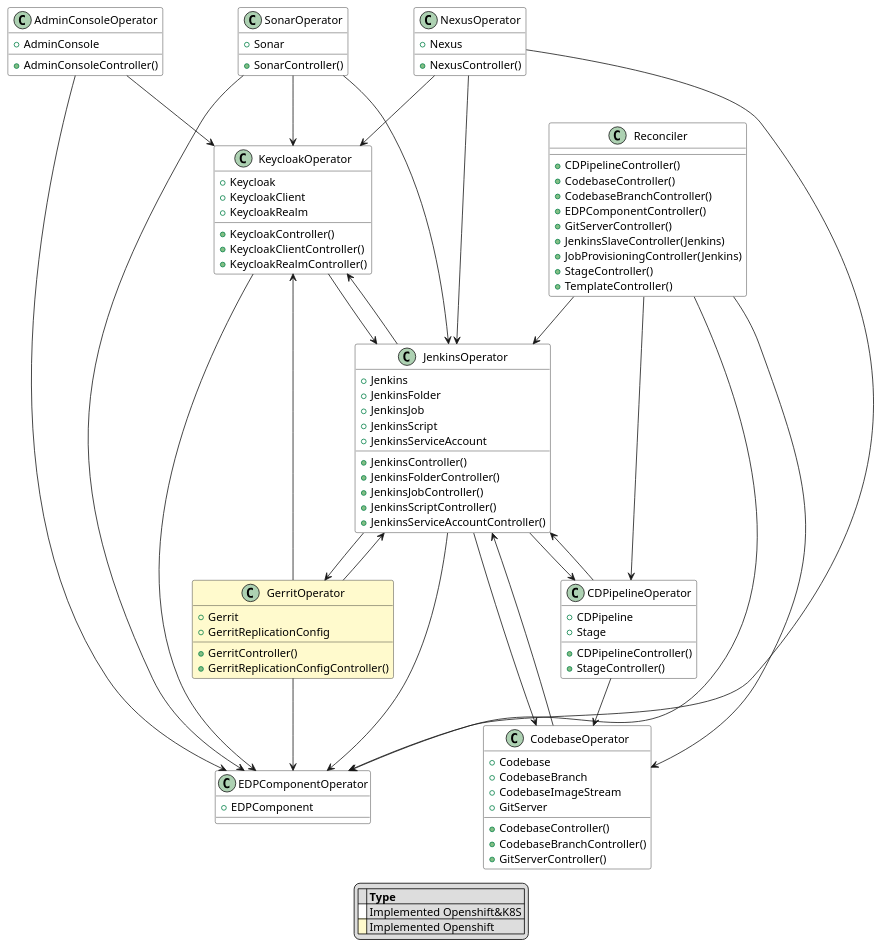
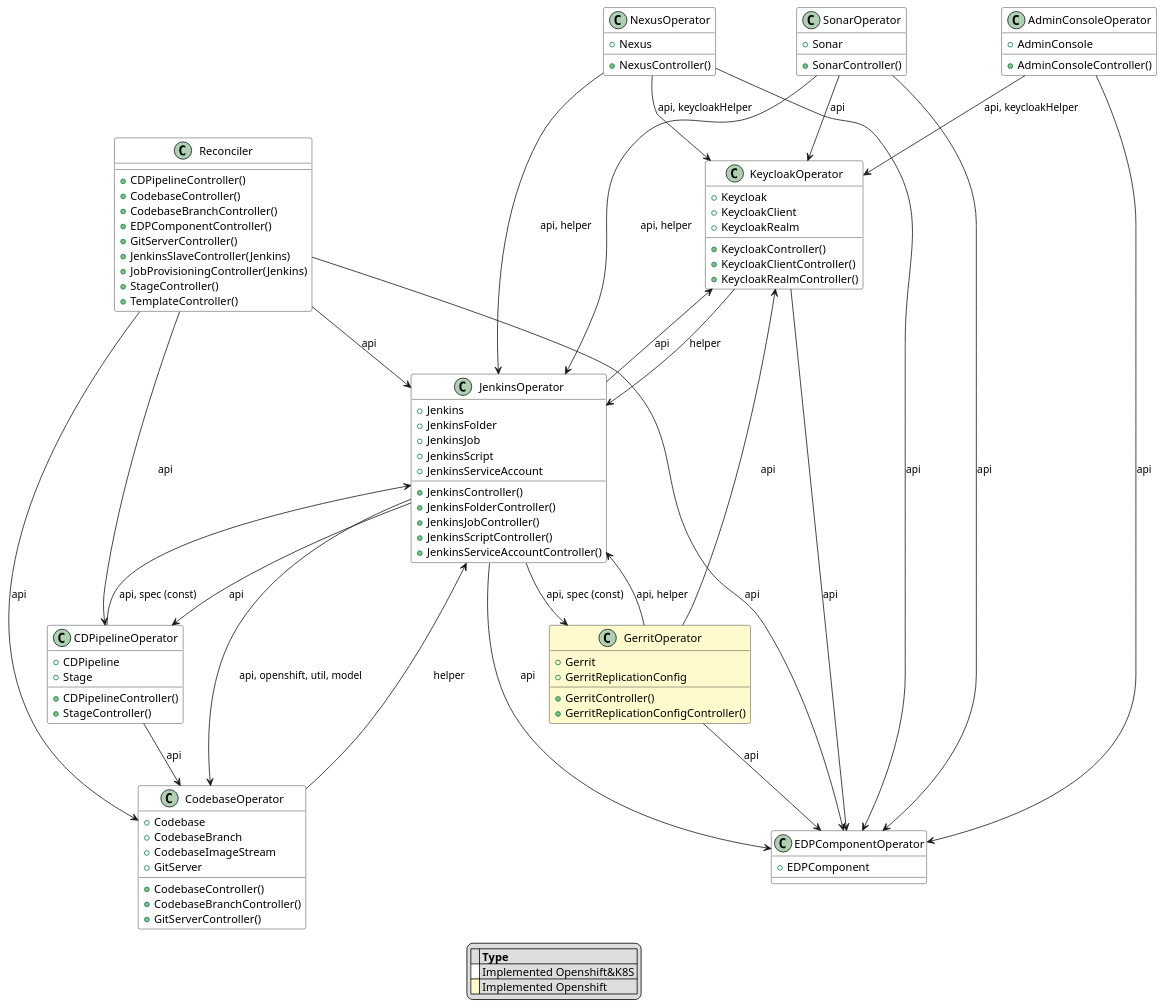
One commit to epam/edp-architecture changed the diagram in module-based-acrhitecture/entity-model/operators-class.puml. Above: the diagram before and after it, drawn with PlantUML.

Commit message:
[ARCH] Add details to operators dependency map

```diff
--- a/module-based-acrhitecture/entity-model/operators-class.puml
+++ b/module-based-acrhitecture/entity-model/operators-class.puml
@@ -1,107 +1,107 @@
 @startuml
 
 skinparam class {
     BackgroundColor #white
 }
 
 class AdminConsoleOperator {
 +AdminConsole
 +AdminConsoleController()
 }
 class CDPipelineOperator {
 +CDPipeline
 +Stage
 +CDPipelineController()
 +StageController()
 }
 class CodebaseOperator {
 +Codebase
 +CodebaseBranch
 +CodebaseImageStream
 +GitServer
 +CodebaseController()
 +CodebaseBranchController()
 +GitServerController()
 }
 class EDPComponentOperator {
 +EDPComponent
 }
 class GerritOperator #lemonchiffon {
 +Gerrit
 +GerritReplicationConfig
 +GerritController()
 +GerritReplicationConfigController()
 }
 class JenkinsOperator {
 +Jenkins
 +JenkinsFolder
 +JenkinsJob
 +JenkinsScript
 +JenkinsServiceAccount
 +JenkinsController()
 +JenkinsFolderController()
 +JenkinsJobController()
 +JenkinsScriptController()
 +JenkinsServiceAccountController()
 }
 class KeycloakOperator {
 +Keycloak
 +KeycloakClient
 +KeycloakRealm
 +KeycloakController()
 +KeycloakClientController()
 +KeycloakRealmController()
 }
 class NexusOperator  {
 +Nexus
 +NexusController()
 }
 class SonarOperator {
 +Sonar
 +SonarController()
 }
 class Reconciler {
 +CDPipelineController()
 +CodebaseController()
 +CodebaseBranchController()
 +EDPComponentController()
 +GitServerController()
 +JenkinsSlaveController(Jenkins)
 +JobProvisioningController(Jenkins)
 +StageController()
 +TemplateController()
 }
 
-AdminConsoleOperator --> EDPComponentOperator
-AdminConsoleOperator --> KeycloakOperator
-CDPipelineOperator --> CodebaseOperator
-CDPipelineOperator --> JenkinsOperator
-CodebaseOperator --> JenkinsOperator
-GerritOperator --> EDPComponentOperator
-GerritOperator --> JenkinsOperator
-GerritOperator --> KeycloakOperator
-JenkinsOperator --> CDPipelineOperator
-JenkinsOperator --> CodebaseOperator
-JenkinsOperator --> EDPComponentOperator
-JenkinsOperator --> GerritOperator
-JenkinsOperator --> KeycloakOperator
-KeycloakOperator --> EDPComponentOperator
-KeycloakOperator --> JenkinsOperator
-NexusOperator --> EDPComponentOperator
-NexusOperator --> JenkinsOperator
-NexusOperator --> KeycloakOperator
-SonarOperator --> EDPComponentOperator
-SonarOperator --> JenkinsOperator
-SonarOperator --> KeycloakOperator
-Reconciler --> CDPipelineOperator
-Reconciler --> CodebaseOperator
-Reconciler --> EDPComponentOperator
-Reconciler --> JenkinsOperator
+AdminConsoleOperator --> EDPComponentOperator : api
+AdminConsoleOperator --> KeycloakOperator : api, keycloakHelper
+CDPipelineOperator --> CodebaseOperator : api
+CDPipelineOperator --> JenkinsOperator : api, spec (const)
+CodebaseOperator --> JenkinsOperator : helper
+GerritOperator --> EDPComponentOperator : api
+GerritOperator --> JenkinsOperator : api, helper
+GerritOperator --> KeycloakOperator : api
+JenkinsOperator --> CDPipelineOperator : api
+JenkinsOperator --> CodebaseOperator : api, openshift, util, model
+JenkinsOperator --> EDPComponentOperator : api
+JenkinsOperator --> GerritOperator : api, spec (const)
+JenkinsOperator --> KeycloakOperator : api
+KeycloakOperator --> EDPComponentOperator : api
+KeycloakOperator --> JenkinsOperator : helper
+NexusOperator --> EDPComponentOperator : api
+NexusOperator --> JenkinsOperator : api, helper
+NexusOperator --> KeycloakOperator : api, keycloakHelper
+SonarOperator --> EDPComponentOperator : api
+SonarOperator --> JenkinsOperator : api, helper
+SonarOperator --> KeycloakOperator : api
+Reconciler --> CDPipelineOperator : api
+Reconciler --> CodebaseOperator : api
+Reconciler --> EDPComponentOperator : api
+Reconciler --> JenkinsOperator : api
 
 legend
 |= |= Type |
 |<back:white>   </back>| Implemented Openshift&K8S |
 |<back:#lemonchiffon>   </back>| Implemented Openshift |
 endlegend
 
 @enduml
```
